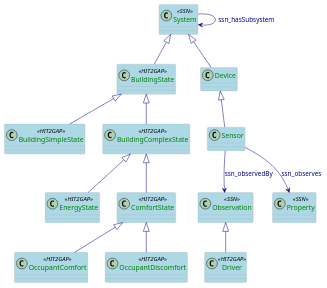
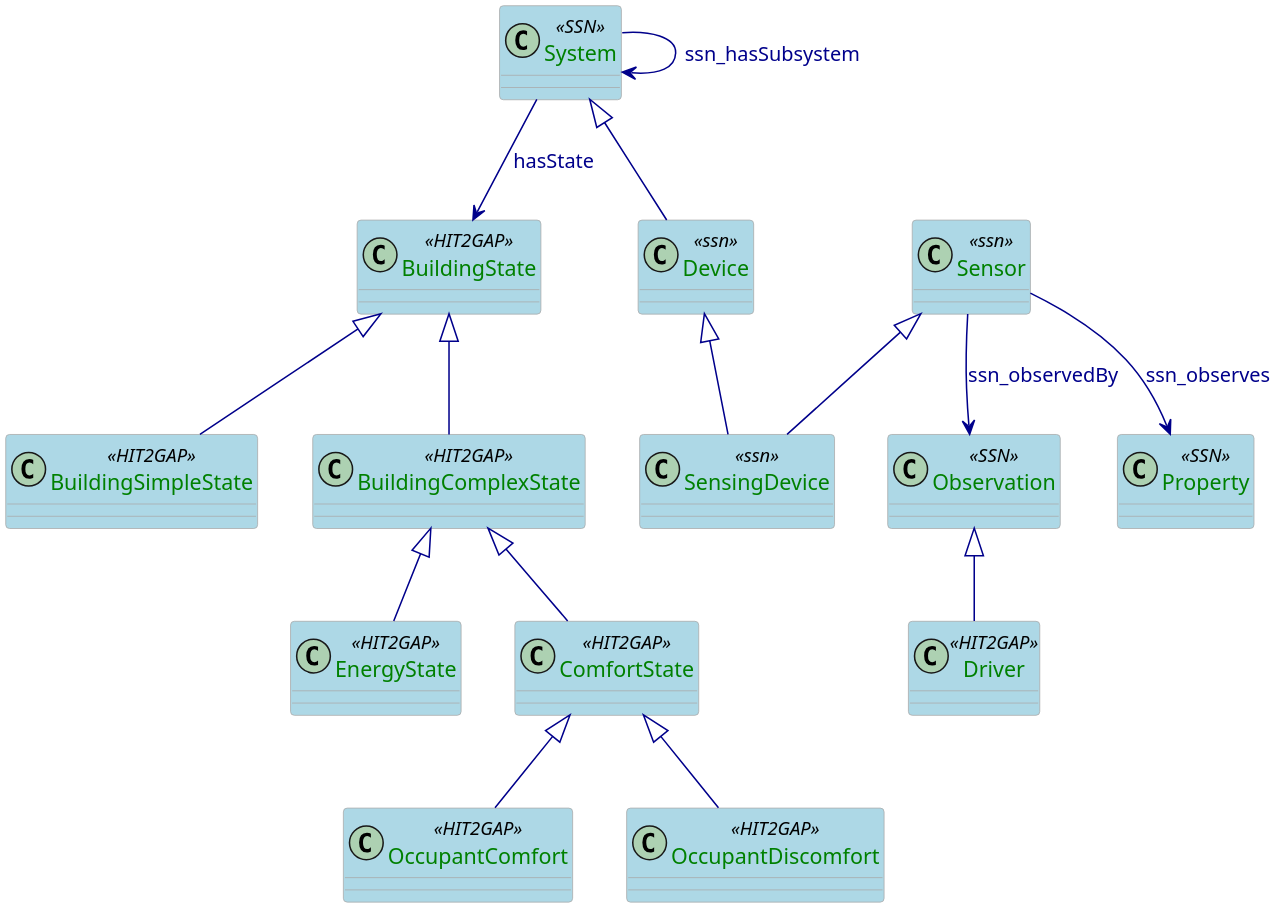
The diagram in plantuml/BuildingStateSpecification.puml (HIT2GAP-EU-PROJECT/BEMOnt), drawn with PlantUML before and after one commit. The commit also changed 29 other files, not shown here.

```diff
--- a/plantuml/BuildingStateSpecification.puml
+++ b/plantuml/BuildingStateSpecification.puml
@@ -1,70 +1,76 @@
 @startuml
 
 skinparam class {
   ArrowColor DarkBlue
   ArrowFontColor DarkBlue
   BackgroundColor LightBlue
   BorderColor DarkGrey
 }
+skinparam dpi 300
 skinparam stereotypeCBackgroundColor Wheat
 skinparam classAttributeFontColor  Green
 
 class System <<SSN>>{
 
 }
 
 class BuildingState <<HIT2GAP>>{
 
 }
 
 class BuildingSimpleState <<HIT2GAP>>{
 
 }
 
 class BuildingComplexState <<HIT2GAP>>{
 
 }
 
 class EnergyState <<HIT2GAP>>{
 
 }
 
 class ComfortState <<HIT2GAP>>{
 
 }
 
 class OccupantComfort <<HIT2GAP>>{
 
 }
 
 class OccupantDiscomfort <<HIT2GAP>>{
 
 }
 class Driver <<HIT2GAP>>{
 
 }
 
 class Observation <<SSN>>{
 
 }
 
 class Property <<SSN>> {
 
 }
 
-System <|-- BuildingState
+class Device <<ssn>>
+class Sensor <<ssn>>
+class SensingDevice <<ssn>>
+
+System --> BuildingState: hasState
 BuildingState <|-- BuildingSimpleState
 BuildingState <|-- BuildingComplexState
 BuildingComplexState <|-- EnergyState
 BuildingComplexState <|-- ComfortState
 ComfortState <|-- OccupantComfort
 ComfortState <|-- OccupantDiscomfort
 System <|-- Device
+Device <|-- SensingDevice
+Sensor <|-- SensingDevice
 System --> System:ssn_hasSubsystem
-Device <|-- Sensor
 Sensor --> Observation:ssn_observedBy
 Sensor --> Property:ssn_observes
 
 Observation <|-- Driver
 
 @enduml
```
